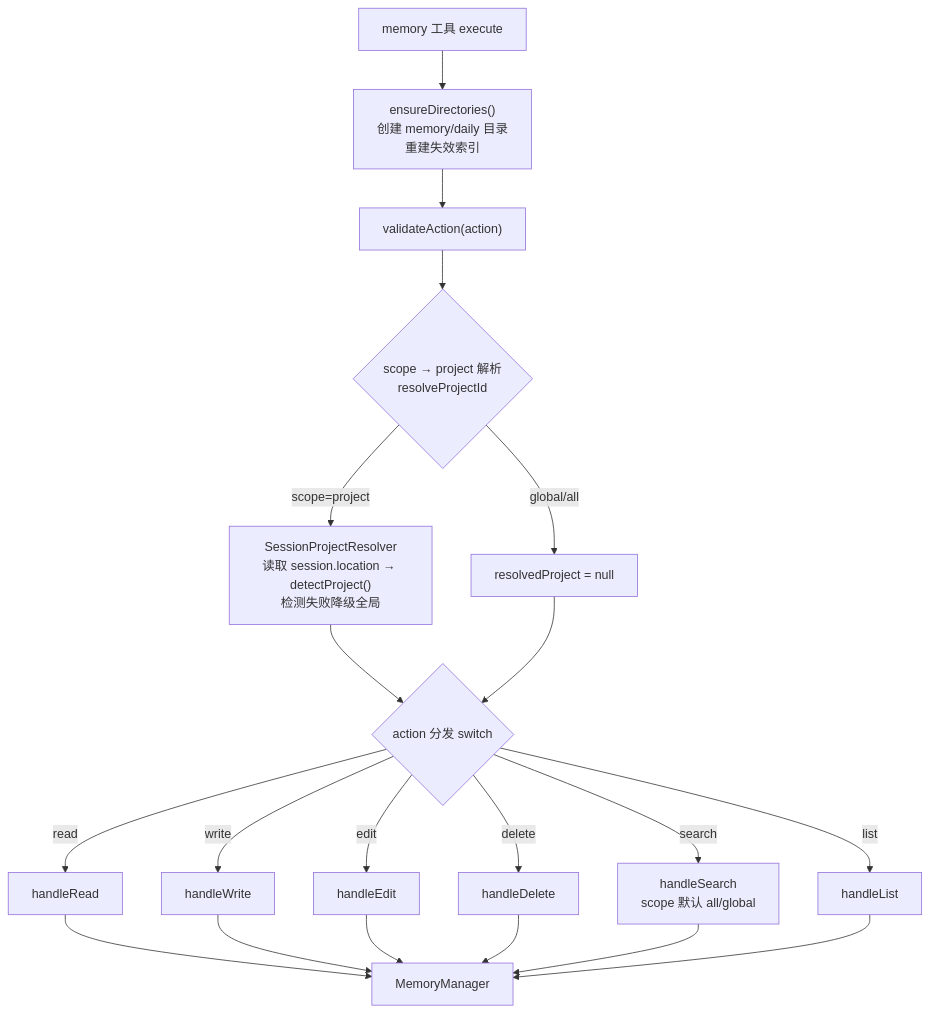
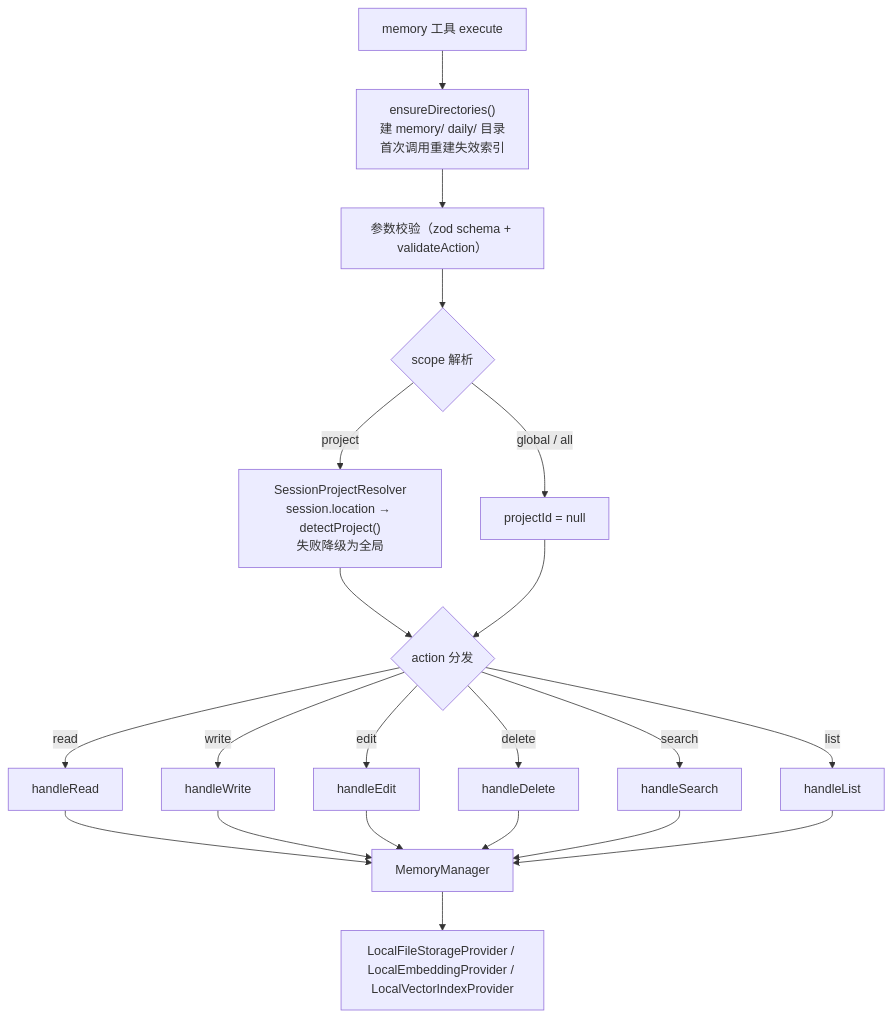
Before and after one commit to devcxl/opencode-memory: the fourth of 5 diagrams in docs/dev/architecture-flow.md, drawn with Mermaid. The commit also changed other lines of this file and 6 other files, not shown here.

````diff
--- a/docs/dev/architecture-flow.md
+++ b/docs/dev/architecture-flow.md
@@ -114,22 +135,23 @@
 ```mermaid
 flowchart TD
-    A["memory 工具 execute"] --> B["ensureDirectories()<br/>创建 memory/daily 目录<br/>重建失效索引"]
-    B --> C["validateAction(action)"]
-    C --> D{"scope → project 解析<br/>resolveProjectId"}
-    D -->|"scope=project"| E["SessionProjectResolver<br/>读取 session.location → detectProject()<br/>检测失败降级全局"]
-    D -->|"global/all"| F["resolvedProject = null"]
-    E --> G
-    F --> G{"action 分发 switch"}
+    A["memory 工具 execute"] --> B["ensureDirectories()<br/>建 memory/ daily/ 目录<br/>首次调用重建失效索引"]
+    B --> C["参数校验（zod schema + validateAction）"]
+    C --> D{"scope 解析"}
+    D -->|project| E["SessionProjectResolver<br/>session.location → detectProject()<br/>失败降级为全局"]
+    D -->|global / all| F["projectId = null"]
+    E --> G{"action 分发"}
+    F --> G
     G -->|read| H1[handleRead]
     G -->|write| H2[handleWrite]
     G -->|edit| H3[handleEdit]
     G -->|delete| H4[handleDelete]
-    G -->|search| H5[handleSearch<br/>scope 默认 all/global]
+    G -->|search| H5[handleSearch]
     G -->|list| H6[handleList]
     H1 --> M[MemoryManager]
     H2 --> M
     H3 --> M
     H4 --> M
     H5 --> M
     H6 --> M
+    M --> P["LocalFileStorageProvider / LocalEmbeddingProvider / LocalVectorIndexProvider"]
 ```
````
